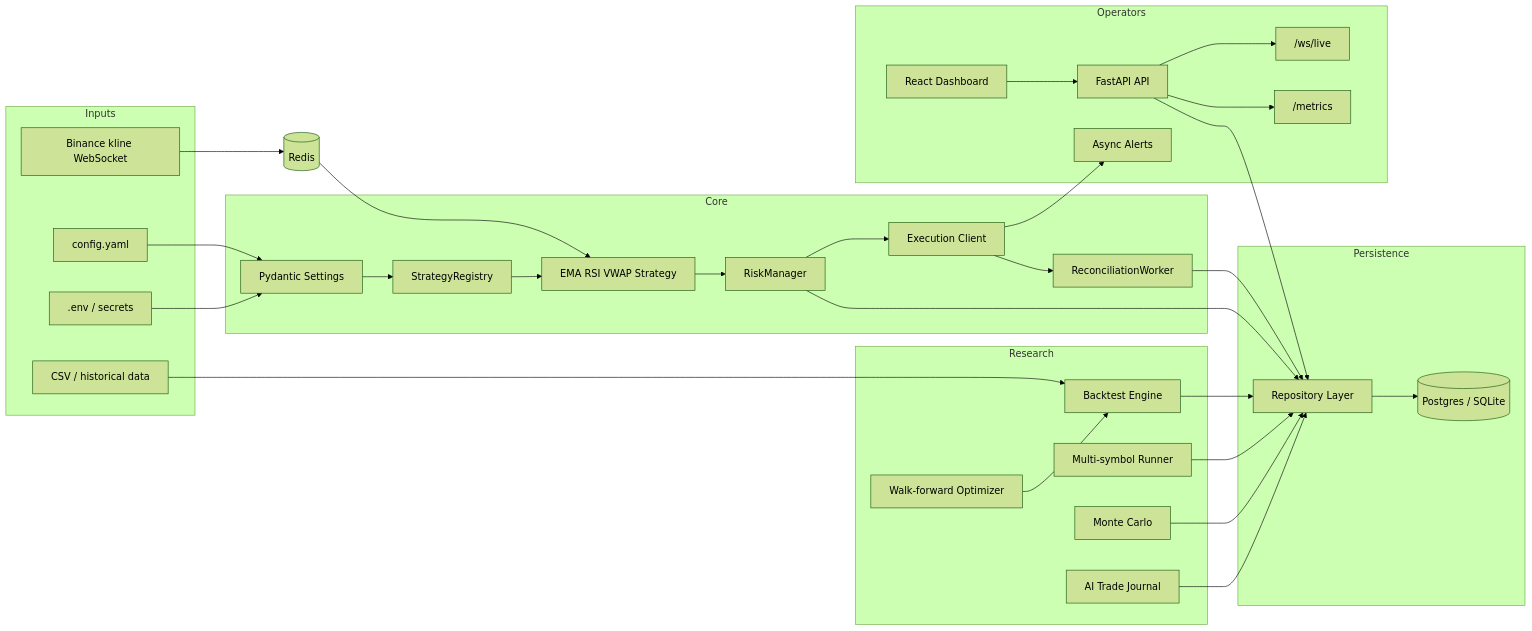
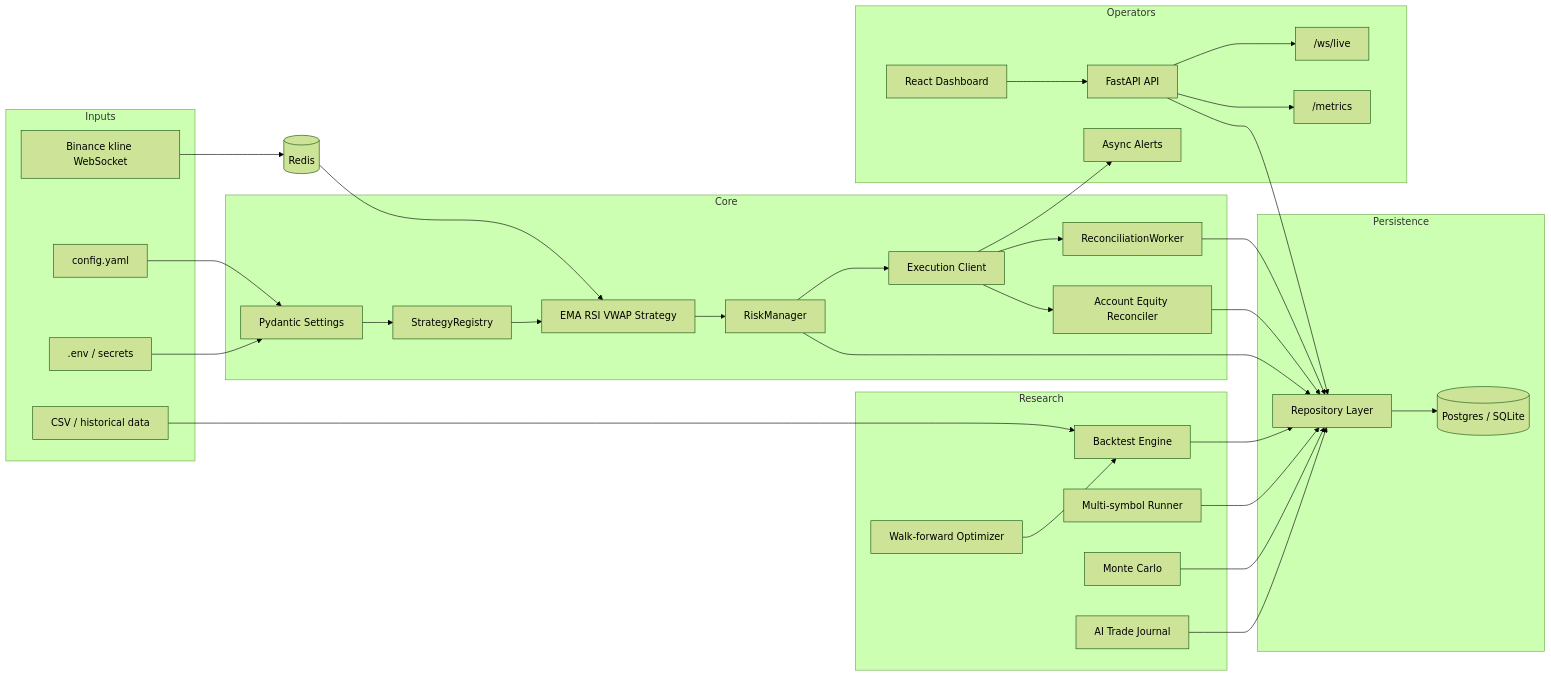
One commit to preethve11/lwk-futures-Trading-Bot changed the diagram in README.md. Above: the diagram before and after it, drawn with Mermaid (forest theme). The commit also changed other lines of this file and 31 other files, not shown here.

First line of the commit message:
Add account equity reconciliation

````diff
--- a/README.md
+++ b/README.md
@@ -27,63 +28,66 @@
 ```mermaid
 flowchart LR
     subgraph Inputs
         YAML["config.yaml"]
         ENV[".env / secrets"]
         BINANCE_WS["Binance kline WebSocket"]
         CSV["CSV / historical data"]
     end
 
     subgraph Core
         SETTINGS["Pydantic Settings"]
         REGISTRY["StrategyRegistry"]
         STRATEGY["EMA RSI VWAP Strategy"]
         RISK["RiskManager"]
         EXEC["Execution Client"]
         RECON["ReconciliationWorker"]
+        ACCOUNT["Account Equity Reconciler"]
     end
 
     subgraph Persistence
         DB[("Postgres / SQLite")]
         REPOS["Repository Layer"]
     end
 
     subgraph Operators
         API["FastAPI API"]
         WS["/ws/live"]
         DASH["React Dashboard"]
         ALERTS["Async Alerts"]
         METRICS["/metrics"]
     end
 
     subgraph Research
         BACKTEST["Backtest Engine"]
         MULTI["Multi-symbol Runner"]
         WFO["Walk-forward Optimizer"]
         MC["Monte Carlo"]
         AI["AI Trade Journal"]
     end
 
     BINANCE_WS --> REDIS[("Redis")]
     REDIS --> STRATEGY
     CSV --> BACKTEST
     YAML --> SETTINGS
     ENV --> SETTINGS
     SETTINGS --> REGISTRY
     REGISTRY --> STRATEGY
     STRATEGY --> RISK
     RISK --> EXEC
     EXEC --> RECON
+    EXEC --> ACCOUNT
     RECON --> REPOS
+    ACCOUNT --> REPOS
     RISK --> REPOS
     BACKTEST --> REPOS
     MULTI --> REPOS
     WFO --> BACKTEST
     MC --> REPOS
     AI --> REPOS
     REPOS --> DB
     API --> REPOS
     DASH --> API
     API --> WS
     API --> METRICS
     EXEC --> ALERTS
 ```
````
